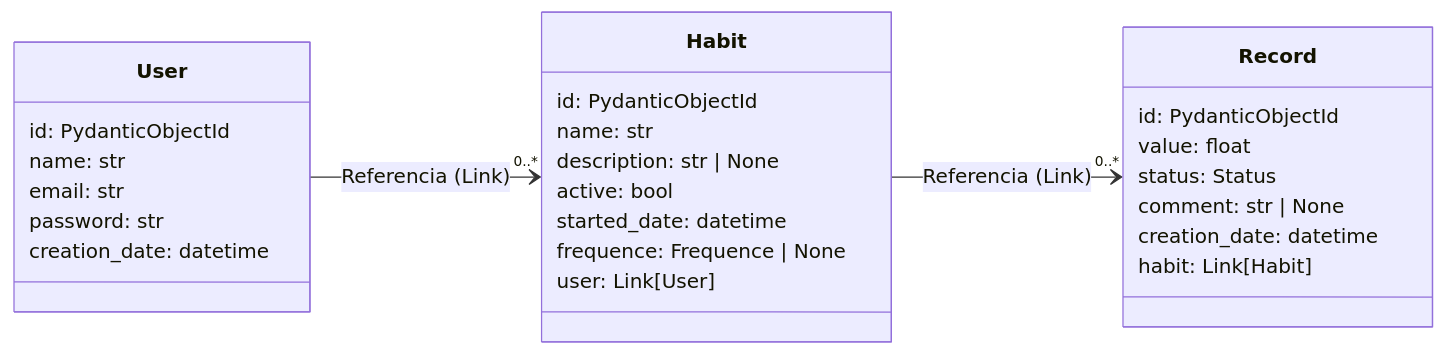
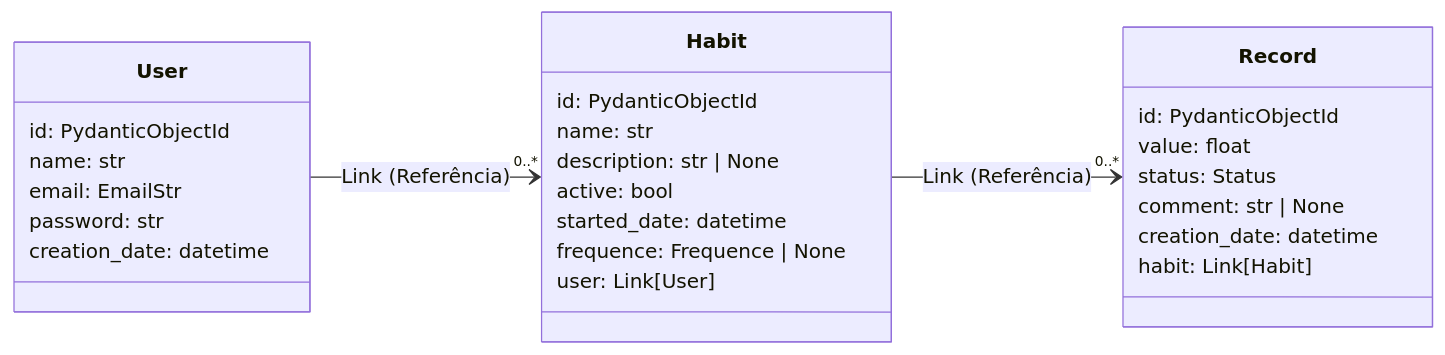
The diagram in README.md (rgcastrof/HabitTracker), drawn with Mermaid before and after one commit. The commit also changed other lines of this file, not shown here.

````diff
--- a/README.md
+++ b/README.md
@@ -14,34 +13,34 @@
 ```mermaid
 classDiagram
     direction LR
     class User {
         id: PydanticObjectId
         name: str
-        email: str
+        email: EmailStr
         password: str
         creation_date: datetime
     }
 
     class Habit {
         id: PydanticObjectId
             name: str
         description: str | None
         active: bool
         started_date: datetime
         frequence: Frequence | None
         user: Link[User]
 
     }
 
     class Record {
         id: PydanticObjectId
         value: float
         status: Status
         comment: str | None
         creation_date: datetime
         habit: Link[Habit]
     }
 
-    User --> "0..*" Habit : Referencia (Link)
-    Habit --> "0..*" Record : Referencia (Link)
+    User --> "0..*" Habit : Link (Referência)
+    Habit --> "0..*" Record : Link (Referência)
 ```
````
